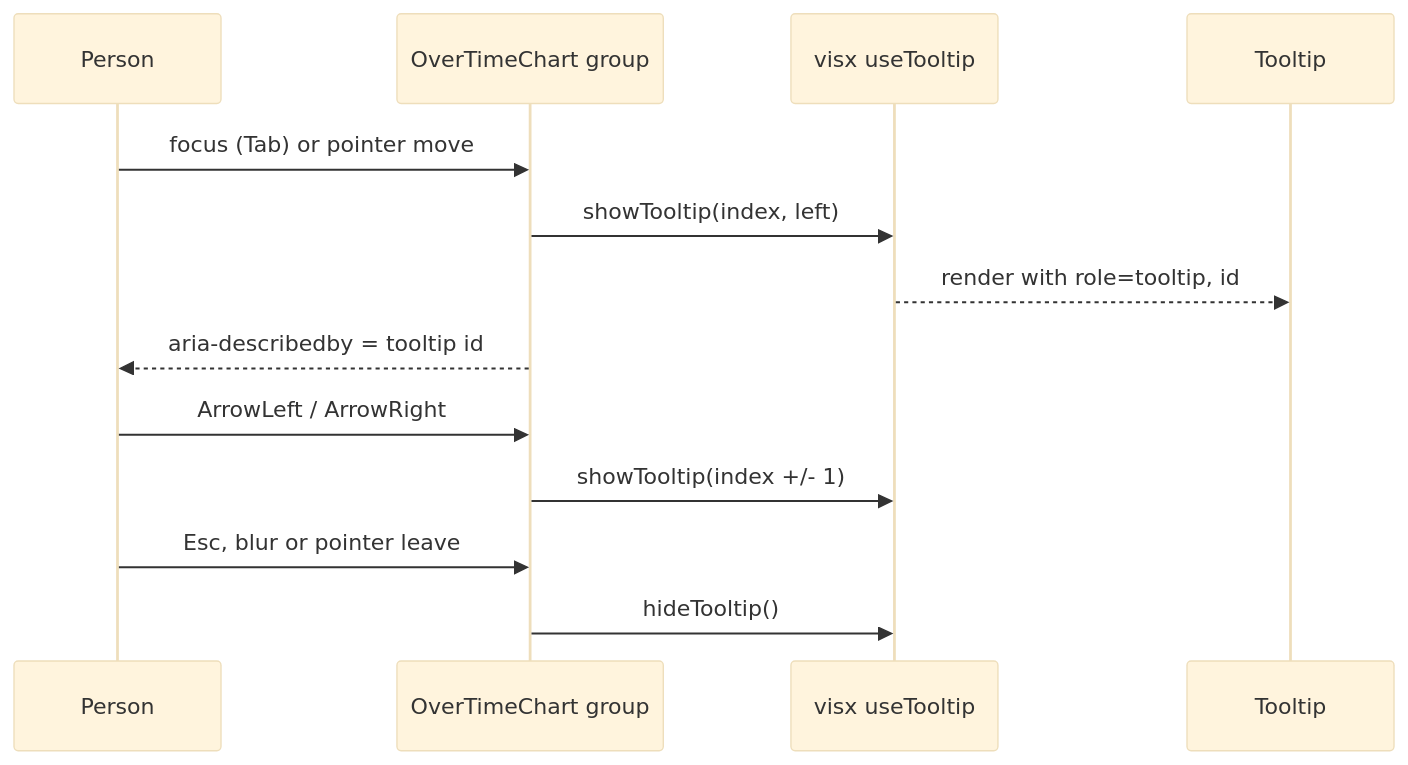
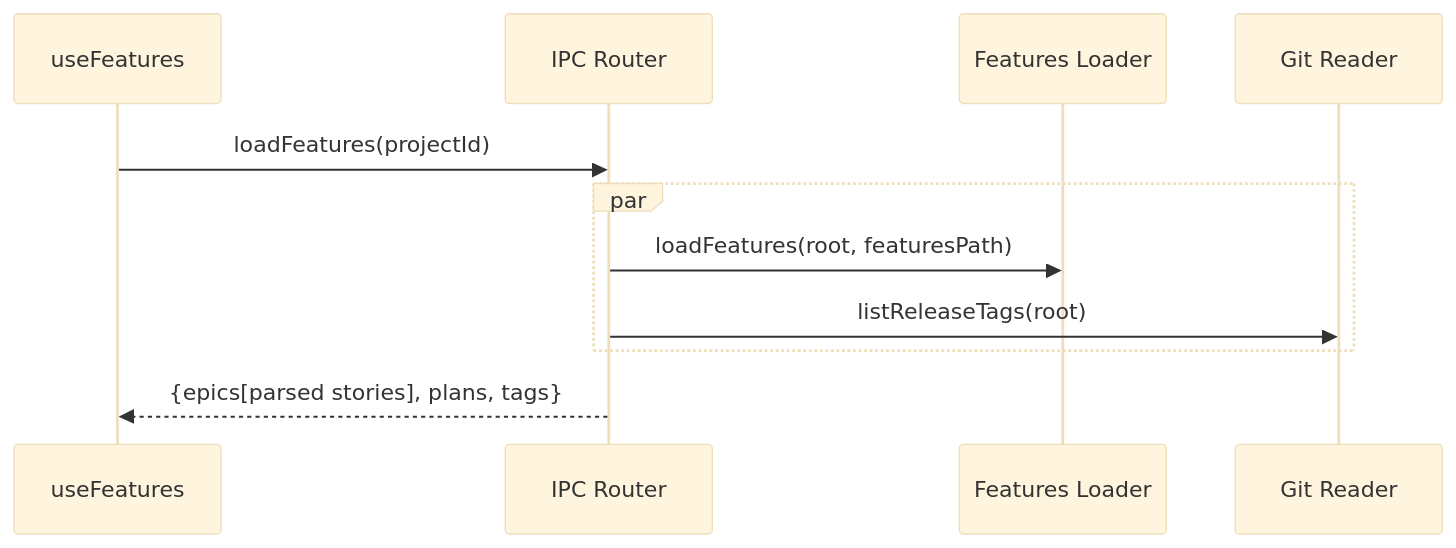
One commit to tochman/ai-dlc-thadeus changed the fourth of 4 diagrams in aidlc/spaces/default/codekb/aidlc-dash/architecture.md. Above: the diagram before and after it, drawn with Mermaid (base theme). The commit also changed other lines of this file and 57 other files, not shown here.

````diff
--- a/aidlc/spaces/default/codekb/aidlc-dash/architecture.md
+++ b/aidlc/spaces/default/codekb/aidlc-dash/architecture.md
@@ -144,15 +141,13 @@
 ```mermaid
 sequenceDiagram
-  participant P as Person
-  participant CH as OverTimeChart group
-  participant UT as visx useTooltip
-  participant TT as Tooltip
-  P->>CH: focus (Tab) or pointer move
-  CH->>UT: showTooltip(index, left)
-  UT-->>TT: render with role=tooltip, id
-  CH-->>P: aria-describedby = tooltip id
-  P->>CH: ArrowLeft / ArrowRight
-  CH->>UT: showTooltip(index +/- 1)
-  P->>CH: Esc, blur or pointer leave
-  CH->>UT: hideTooltip()
+  participant UF as useFeatures
+  participant IPC as IPC Router
+  participant FL as Features Loader
+  participant GIT as Git Reader
+  UF->>IPC: loadFeatures(projectId)
+  par
+    IPC->>FL: loadFeatures(root, featuresPath)
+    IPC->>GIT: listReleaseTags(root)
+  end
+  IPC-->>UF: {epics[parsed stories], plans, tags}
 ```
````
